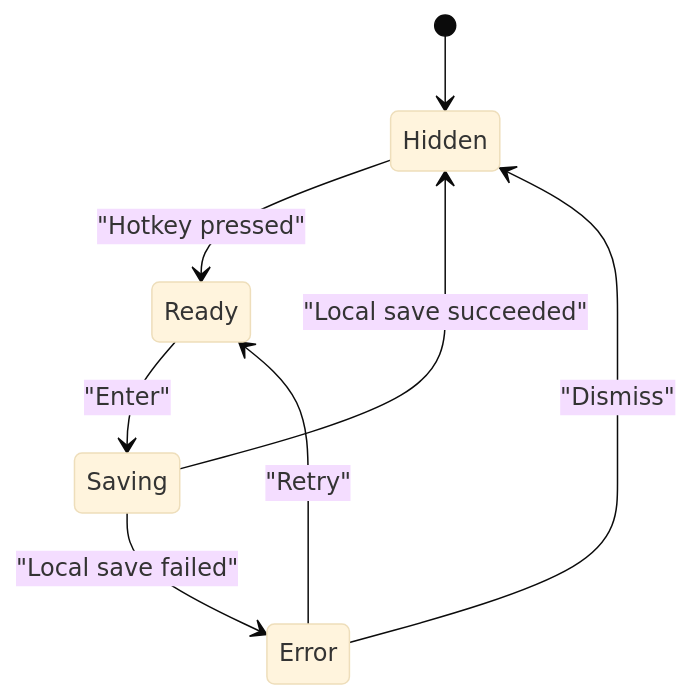
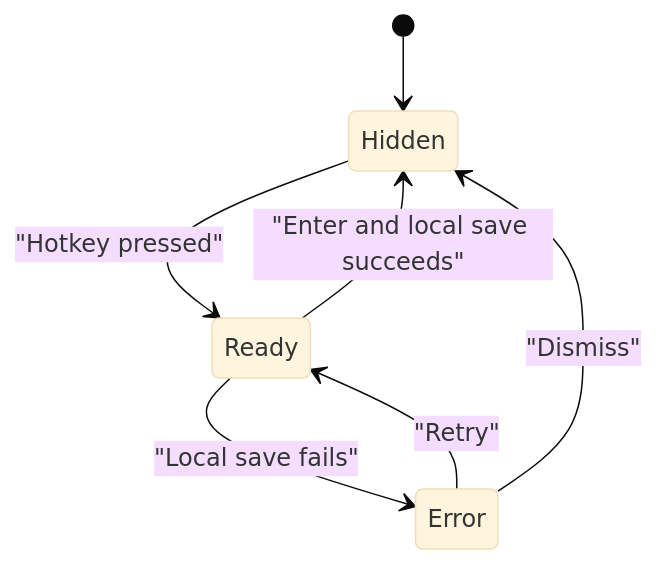
Before and after one commit to flyingrobots/think: the fourth of 4 diagrams in docs/design/0005-m2-macos-capture-surface.md, drawn with Mermaid (base theme). The commit also changed other lines of this file, not shown here.

Commit message:
Tighten M2 adapter architecture

````diff
--- a/docs/design/0005-m2-macos-capture-surface.md
+++ b/docs/design/0005-m2-macos-capture-surface.md
@@ -195,10 +289,9 @@
 ```mermaid
 stateDiagram-v2
     [*] --> Hidden
     Hidden --> Ready: "Hotkey pressed"
-    Ready --> Saving: "Enter"
-    Saving --> Hidden: "Local save succeeded"
-    Saving --> Error: "Local save failed"
+    Ready --> Hidden: "Enter and local save succeeds"
+    Ready --> Error: "Local save fails"
     Error --> Hidden: "Dismiss"
     Error --> Ready: "Retry"
 ```
````
